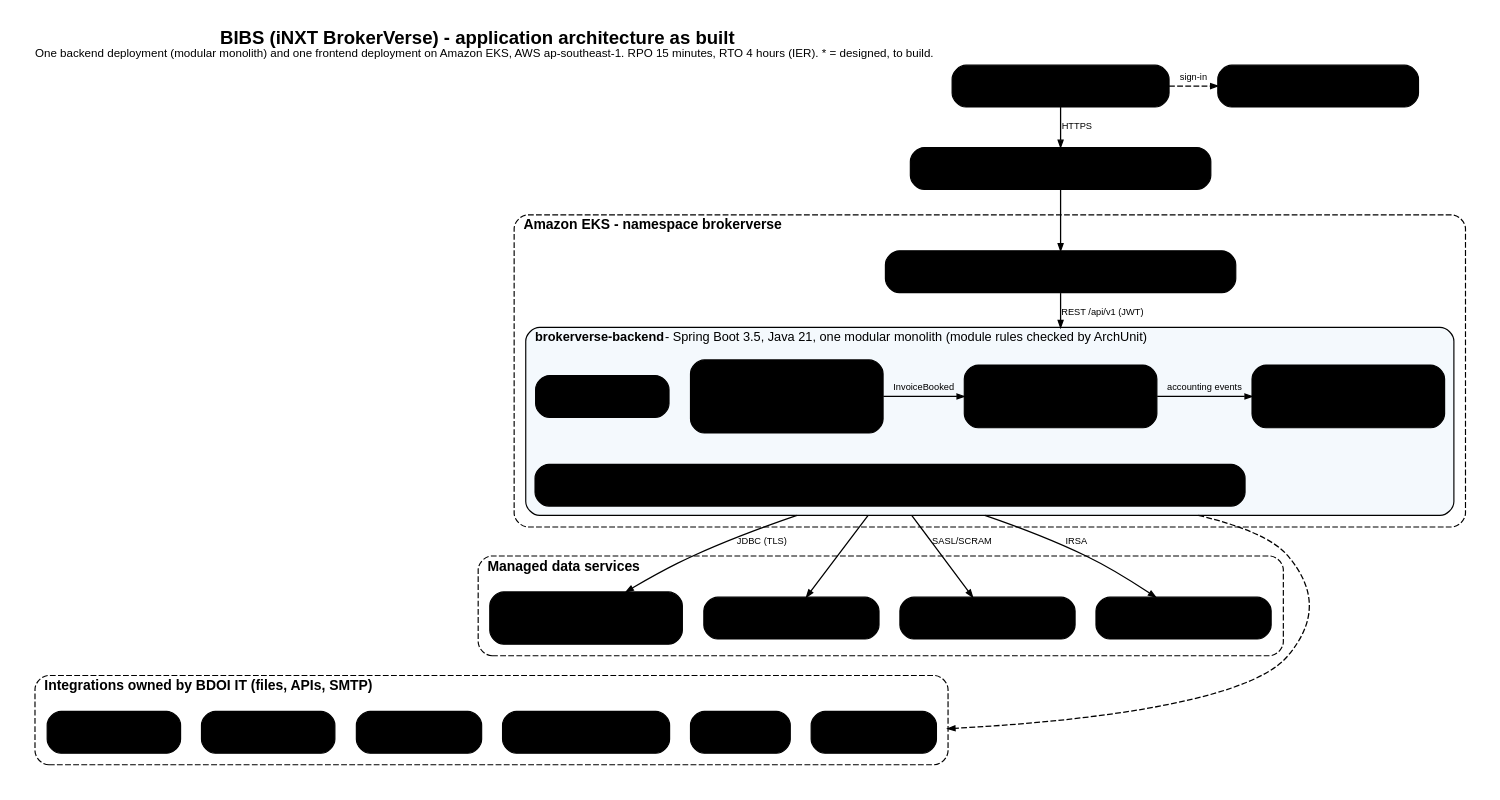
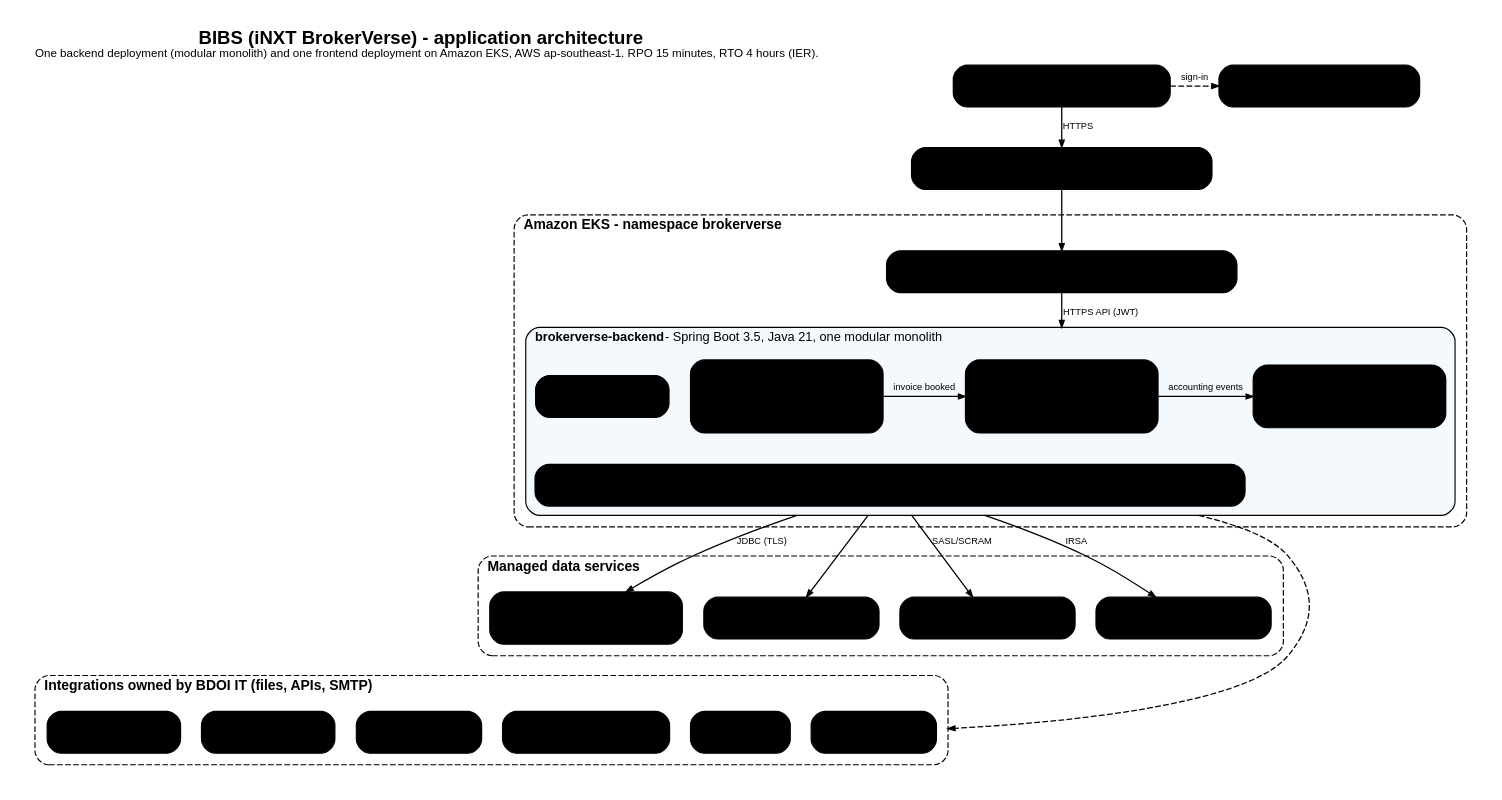
The diagram in docs/deliverables/src/alignment/figures/al_application_architecture.dot (IortaTexhNXT-DEV/FinVerse), drawn with Graphviz before and after one commit. The commit also changed 5 other files, not shown here.

Commit message:
Clean the programme alignment pack of build status, fit classes and internal names

```diff
--- a/docs/deliverables/src/alignment/figures/al_application_architecture.dot
+++ b/docs/deliverables/src/alignment/figures/al_application_architecture.dot
@@ -1,61 +1,61 @@
-// BIBS application architecture as built (for the IER "Architecture Diagram" sheet and section 6 of the alignment document).
+// BIBS application architecture (for the IER "Architecture Diagram" sheet and section 6 of the alignment document).
 digraph al_application_architecture {
   graph [rankdir=TB, fontname="Arial", nodesep=0.25, ranksep=0.35, bgcolor="white", pad=0.2, newrank=true, compound=true,
-         label=<<font point-size="16" color="@HEADER_BLUE"><b>BIBS (iNXT BrokerVerse) - application architecture as built</b></font><br/><font point-size="10" color="@MUTED">One backend deployment (modular monolith) and one frontend deployment on Amazon EKS, AWS ap-southeast-1. RPO 15 minutes, RTO 4 hours (IER). * = designed, to build.</font>>,
+         label=<<font point-size="16" color="@HEADER_BLUE"><b>BIBS (iNXT BrokerVerse) - application architecture</b></font><br/><font point-size="10" color="@MUTED">One backend deployment (modular monolith) and one frontend deployment on Amazon EKS, AWS ap-southeast-1. RPO 15 minutes, RTO 4 hours (IER).</font>>,
          labelloc=t, labeljust=l];
   node  [shape=box, style="rounded,filled", color="@HEADER_BLUE", penwidth=1.0, fontname="Arial",
          fontsize=10, fontcolor="@NEAR_BLACK", margin="0.1,0.05", fillcolor="@WHITE"];
   edge  [color="@HEADER_BLUE", arrowsize=0.6, penwidth=1.1, fontname="Arial", fontsize=8, fontcolor="@MUTED"];
 
   users [label=<<b>BDOI users</b><br/><font point-size="9">browser only; Head Office and branches</font>>, fillcolor="@BG_BLUE", width=2.6];
   eiam  [label=<<b>EIAM (Entra ID)</b><br/><font point-size="9">sign-in, OpenID Connect</font>>, fillcolor="@AMBER_BG", width=2.4];
   edge_ [label=<<b>Edge</b><br/><font point-size="9">Route 53, AWS WAF, Application Load Balancer, TLS 1.2+</font>>, fillcolor="@DIRTY_WHITE", width=3.6];
 
   subgraph cluster_eks {
     label=<<b>Amazon EKS - namespace brokerverse</b>>; fontsize=12; fontcolor="@HEADER_BLUE"; style="rounded,dashed"; color="@HEADER_BLUE"; margin=10;
-    fe [label=<<b>brokerverse-frontend</b><br/><font point-size="9">nginx 1.27 serving the React 19 SPA; /api proxied to the backend</font>>, fillcolor="@BG_BLUE", width=4.2];
+    fe [label=<<b>brokerverse-frontend</b><br/><font point-size="9">nginx 1.27 serving the React 19 SPA; API calls proxied to the backend</font>>, fillcolor="@BG_BLUE", width=4.2];
     subgraph cluster_be {
-      label=<<b>brokerverse-backend</b> - Spring Boot 3.5, Java 21, one modular monolith (module rules checked by ArchUnit)>; fontsize=11; fontcolor="@NEAR_BLACK"; style="rounded,filled"; fillcolor="#F4F9FD"; color="@HEADER_BLUE"; margin=8;
-      cp  [label=<<b>Client and Policy</b><br/><font point-size="9">crm, screening, quotation,<br/>nonpackage, account, placement,<br/>issuance, booking, catalog,<br/>productmaint; renewal*,<br/>submitted*, eb*, csf*</font>>, width=2.3];
-      ops [label=<<b>Operations</b><br/><font point-size="9">opsledger (invoice ledger),<br/>cashiering, remittance,<br/>adjustment, prodrecon,<br/>commission, collections</font>>, width=2.3];
-      fin [label=<<b>Finance</b><br/><font point-size="9">accounting engine, journal,<br/>ledger, coa, period, closing,<br/>disbursement, payrequest,<br/>acsl, frbs, tax</font>>, width=2.3];
-      clm [label=<<b>Claims</b><br/><font point-size="9">brokerclaims<br/>(being built)</font>>, width=1.6];
-      plat [label=<<b>Platform services</b><br/><font point-size="9">security, nbadmin (user access), workflow, approval, lov, bulk, docgen, attachment, messaging,<br/>report, alert, audit, events (outbox), cache, sharedstate (job lock), migration*</font>>, fillcolor="@DIRTY_WHITE", width=8.5];
-      cp -> ops [label="InvoiceBooked"];
+      label=<<b>brokerverse-backend</b> - Spring Boot 3.5, Java 21, one modular monolith>; fontsize=11; fontcolor="@NEAR_BLACK"; style="rounded,filled"; fillcolor="#F4F9FD"; color="@HEADER_BLUE"; margin=8;
+      cp  [label=<<b>Client and Policy</b><br/><font point-size="9">clients, screening, quotations,<br/>non-package, accounts, placement,<br/>issuance, booking, products,<br/>product maintenance, renewal,<br/>submitted policies, EB, CSF</font>>, width=2.3];
+      ops [label=<<b>Operations</b><br/><font point-size="9">invoice ledger,<br/>cashiering, remittance,<br/>adjustment, production<br/>reconciliation, commission,<br/>collections</font>>, width=2.3];
+      fin [label=<<b>Finance</b><br/><font point-size="9">accounting engine, journals,<br/>ledger, chart of accounts,<br/>periods, closing, disbursement,<br/>payment requests, ACSL, FRBS, tax</font>>, width=2.3];
+      clm [label=<<b>Claims</b><br/><font point-size="9">claims handling</font>>, width=1.6];
+      plat [label=<<b>Platform services</b><br/><font point-size="9">security, user access, workflow, approvals, lists of values, bulk uploads, documents, attachments,<br/>messaging, reports, alerts, audit, events (outbox), cache, job lock, data migration</font>>, fillcolor="@DIRTY_WHITE", width=8.5];
+      cp -> ops [label="invoice booked"];
       ops -> fin [label="accounting events"];
       { rank=same; cp; ops; fin; clm; }
       cp -> plat [style=invis];
     }
   }
 
   subgraph cluster_data {
     label=<<b>Managed data services</b>>; fontsize=12; fontcolor="@HEADER_BLUE"; style="rounded,dashed"; color="@HEADER_BLUE"; margin=10;
-    rds [label=<<b>Amazon RDS PostgreSQL 16</b><br/><font point-size="9">one database, Flyway schema;<br/>record, journal, ledger and<br/>sub-ledger in one transaction</font>>, fillcolor="@SUCCESS_BG", color="@SUCCESS", width=2.3];
+    rds [label=<<b>Amazon RDS PostgreSQL 16</b><br/><font point-size="9">one database, versioned schema;<br/>record, journal, ledger and<br/>sub-ledger in one transaction</font>>, fillcolor="@SUCCESS_BG", color="@SUCCESS", width=2.3];
     redis [label=<<b>ElastiCache Redis 7</b><br/><font point-size="9">reference-data cache, job lock,<br/>token denylist, counters</font>>, fillcolor="@SUCCESS_BG", color="@SUCCESS", width=2.1];
-    msk [label=<<b>Amazon MSK (Kafka 3.6+)</b><br/><font point-size="9">9 topics bibs.*, outbox relay,<br/>dead-letter topics</font>>, fillcolor="@SUCCESS_BG", color="@SUCCESS", width=2.1];
+    msk [label=<<b>Amazon MSK (Kafka 3.6+)</b><br/><font point-size="9">9 topics, outbox relay,<br/>dead-letter topics</font>>, fillcolor="@SUCCESS_BG", color="@SUCCESS", width=2.1];
     s3 [label=<<b>Amazon S3</b><br/><font point-size="9">documents, reports, extracts,<br/>uploads; SSE-KMS (answer A4)</font>>, fillcolor="@AMBER_BG", width=2.1];
   }
 
   subgraph cluster_int {
     label=<<b>Integrations owned by BDOI IT (files, APIs, SMTP)</b>>; fontsize=12; fontcolor="@HEADER_BLUE"; style="rounded,dashed"; color="@MUTED"; margin=10;
     i1 [label=<<b>UIDM-ISC</b><br/><font point-size="9">provisioning</font>>, width=1.5];
     i2 [label=<<b>CCM</b><br/><font point-size="9">e-mail</font>>, width=1.2];
     i3 [label=<<b>Bank channels</b><br/><font point-size="9">CMS / New BOB, OBPCS,<br/>Old BOB, PMS, AFTS, TFS</font>>, width=2.0];
     i4 [label=<<b>Loan systems</b><br/><font point-size="9">LMS, HL-LOAS,<br/>LFS SaaS</font>>, width=1.5];
     i5 [label=<<b>Enterprise</b><br/><font point-size="9">EDP (SD 11), EGL,<br/>CARMS</font>>, width=1.6];
     i6 [label=<<b>Insurer systems</b><br/><font point-size="9">files, responses</font>>, width=1.6];
     { rank=same; i1; i2; i3; i4; i5; i6; }
   }
 
   { rank=same; users; eiam; }
   users -> eiam [style=dashed, label="sign-in"];
   users -> edge_ [label="HTTPS"];
   edge_ -> fe;
-  fe -> ops [lhead=cluster_be, label="REST /api/v1 (JWT)"];
+  fe -> ops [lhead=cluster_be, label="HTTPS API (JWT)"];
   plat -> rds [ltail=cluster_be, label="JDBC (TLS)"];
   plat -> redis [ltail=cluster_be];
   plat -> msk [ltail=cluster_be, label="SASL/SCRAM"];
   plat -> s3 [ltail=cluster_be, label="IRSA"];
   rds -> i3 [style=invis];
   plat -> i1 [ltail=cluster_be, lhead=cluster_int, style=dashed, constraint=false];
 }
```
